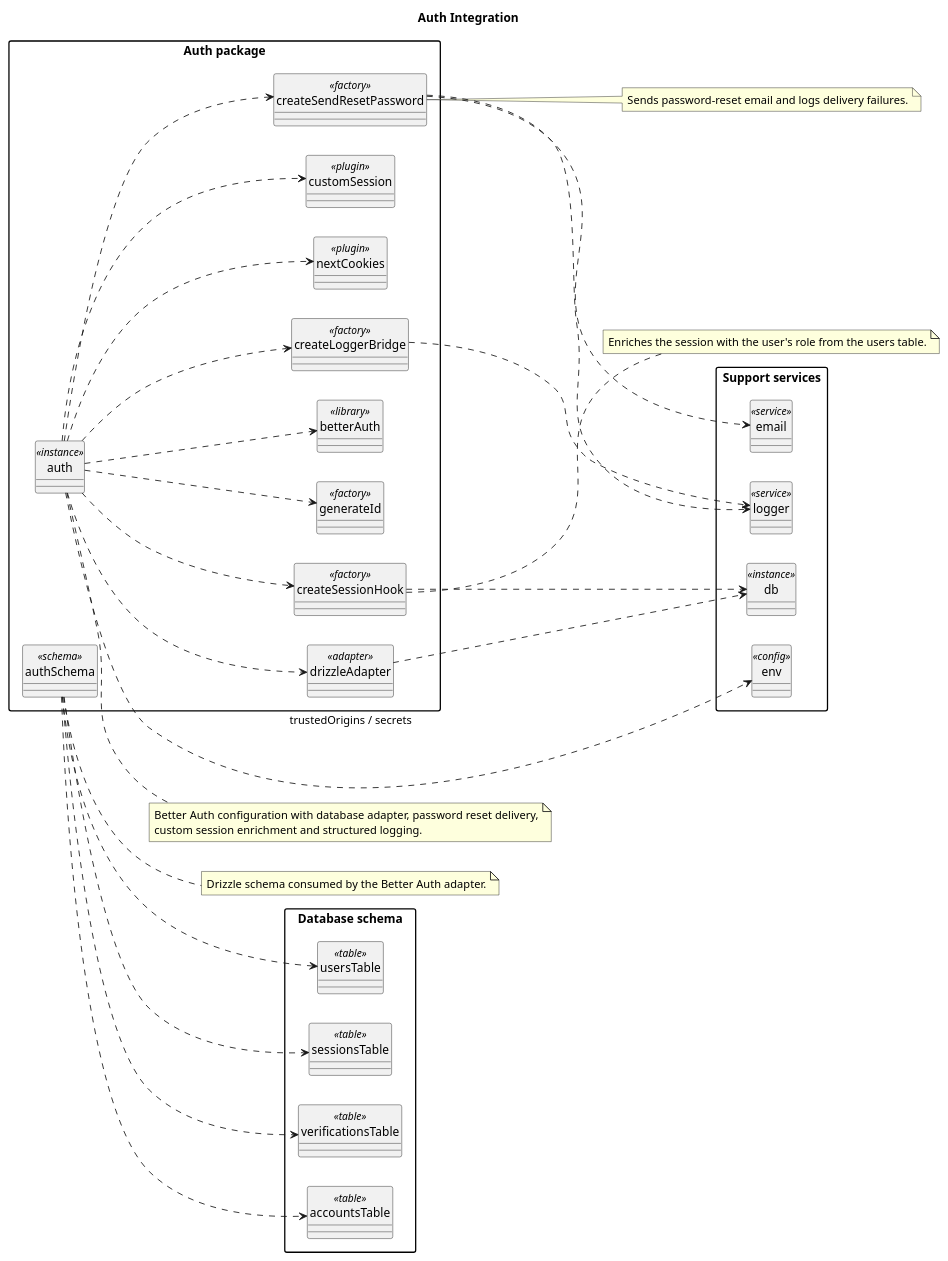
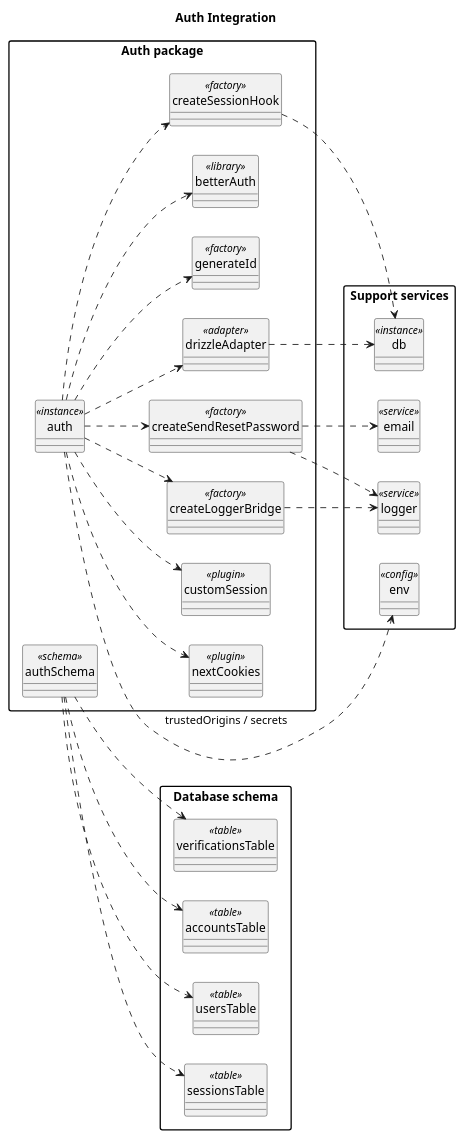
The diagram in docs/classDIagram/04_auth_integration.puml (nifle3/diplom_work), drawn with PlantUML before and after one commit. The commit also changed 6 other files, not shown here.

Commit message:
update class diagramm

```diff
--- a/docs/classDIagram/04_auth_integration.puml
+++ b/docs/classDIagram/04_auth_integration.puml
@@ -1,74 +1,57 @@
 @startuml
 left to right direction
 skinparam classAttributeIconSize 0
 skinparam packageStyle rectangle
 hide circle
 
 title Auth Integration
 
 package "Auth package" {
   class betterAuth <<library>>
   class auth <<instance>>
   class authSchema <<schema>>
   class drizzleAdapter <<adapter>>
   class nextCookies <<plugin>>
   class customSession <<plugin>>
   class createSendResetPassword <<factory>>
   class createLoggerBridge <<factory>>
   class createSessionHook <<factory>>
   class generateId <<factory>>
 }
 
 package "Database schema" {
   class usersTable <<table>>
   class sessionsTable <<table>>
   class verificationsTable <<table>>
   class accountsTable <<table>>
 }
 
 package "Support services" {
   class db <<instance>>
   class email <<service>>
   class env <<config>>
   class logger <<service>>
 }
 
 authSchema ..> usersTable
 authSchema ..> sessionsTable
 authSchema ..> verificationsTable
 authSchema ..> accountsTable
 
 auth ..> betterAuth
 auth ..> drizzleAdapter
 auth ..> nextCookies
 auth ..> customSession
 auth ..> createSendResetPassword
 auth ..> createLoggerBridge
 auth ..> createSessionHook
 auth ..> generateId
 
 drizzleAdapter ..> db
 createSendResetPassword ..> email
 createSendResetPassword ..> logger
 createLoggerBridge ..> logger
 createSessionHook ..> db
 auth ..> env : trustedOrigins / secrets
 
-note right of auth
-  Better Auth configuration with database adapter, password reset delivery,
-  custom session enrichment and structured logging.
-end note
-
-note right of authSchema
-  Drizzle schema consumed by the Better Auth adapter.
-end note
-
-note right of createSendResetPassword
-  Sends password-reset email and logs delivery failures.
-end note
-
-note right of createSessionHook
-  Enriches the session with the user's role from the users table.
-end note
-
 @enduml
```
